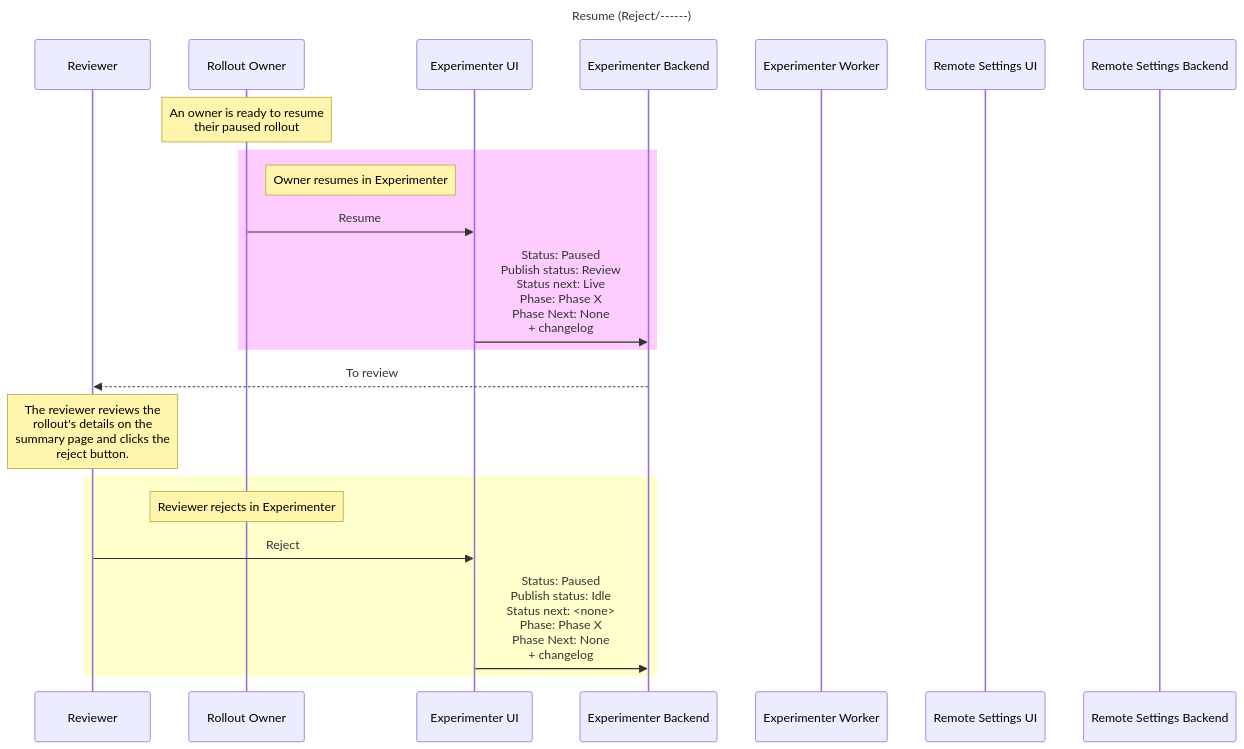
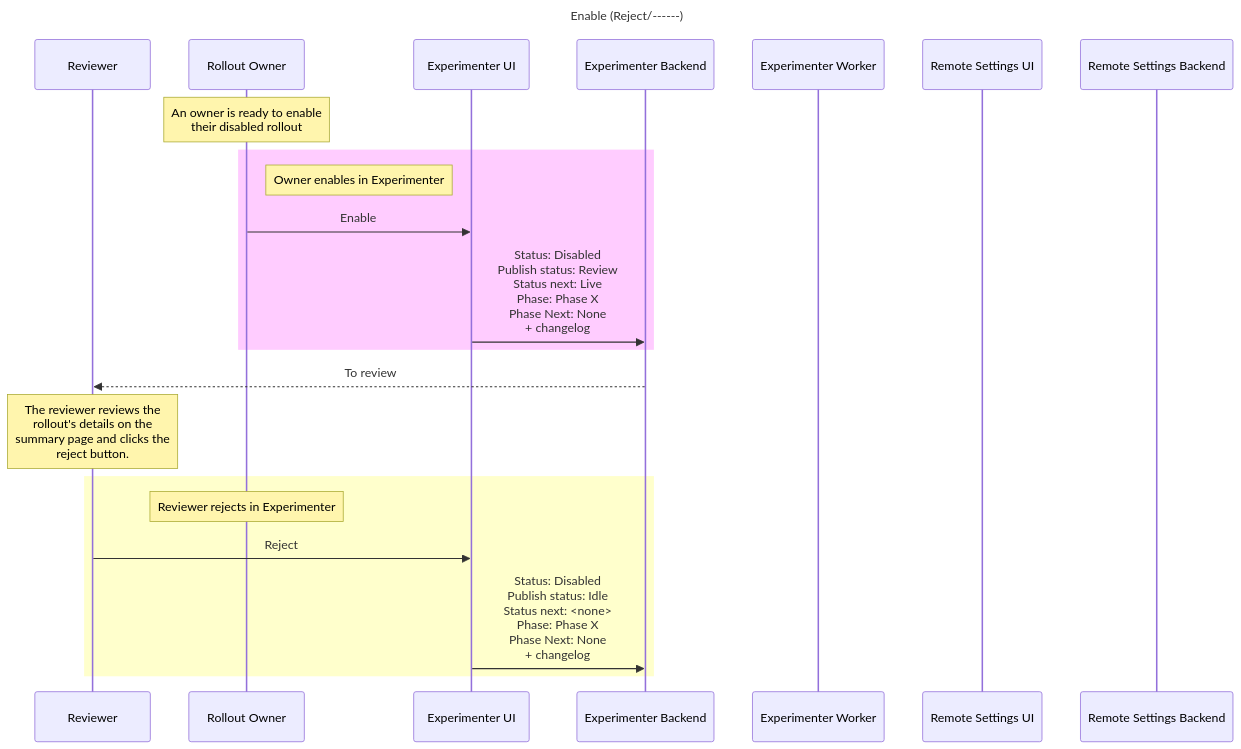
Diagram 23 of 27 in docs/experimenter/rollouts.md (mozilla/experimenter), drawn with Mermaid before and after one commit. The commit also changed other lines of this file, not shown here.

First line of the commit message:
docs(nimbus): Add rollout mermaid diagrams

````diff
--- a/docs/experimenter/rollouts.md
+++ b/docs/experimenter/rollouts.md
@@ -1051,28 +1051,28 @@
 ```mermaid
   sequenceDiagram
     participant Reviewer
     participant Rollout Owner
     participant Experimenter UI
     participant Experimenter Backend
     participant Experimenter Worker
     participant Remote Settings UI
     participant Remote Settings Backend
-    title Resume (Reject/------)
+    title Enable (Reject/------)
 
-    Note over Rollout Owner: An owner is ready to resume <br/> their paused rollout
+    Note over Rollout Owner: An owner is ready to enable <br/> their disabled rollout
 
     rect rgb(255,204,255)
-        Note right of Rollout Owner: Owner resumes in Experimenter
-        Rollout Owner->>Experimenter UI: Resume
-        Experimenter UI->>Experimenter Backend: Status: Paused <br/> Publish status: Review <br/> Status next: Live <br/> Phase: Phase X <br/> Phase Next: None <br/> + changelog
+        Note right of Rollout Owner: Owner enables in Experimenter
+        Rollout Owner->>Experimenter UI: Enable
+        Experimenter UI->>Experimenter Backend: Status: Disabled <br/> Publish status: Review <br/> Status next: Live <br/> Phase: Phase X <br/> Phase Next: None <br/> + changelog
     end
 
     Experimenter Backend-->>Reviewer: To review
     Note over Reviewer: The reviewer reviews the <br/> rollout's details on the <br/> summary page and clicks the <br/> reject button.
 
     rect rgb(255,255,204)
         Note over Rollout Owner: Reviewer rejects in Experimenter
         Reviewer->>Experimenter UI: Reject
-        Experimenter UI->>Experimenter Backend: Status: Paused <br/> Publish status: Idle <br/> Status next: <none> <br/> Phase: Phase X <br/> Phase Next: None <br/> + changelog
+        Experimenter UI->>Experimenter Backend: Status: Disabled <br/> Publish status: Idle <br/> Status next: <none> <br/> Phase: Phase X <br/> Phase Next: None <br/> + changelog
     end
 ```
````
